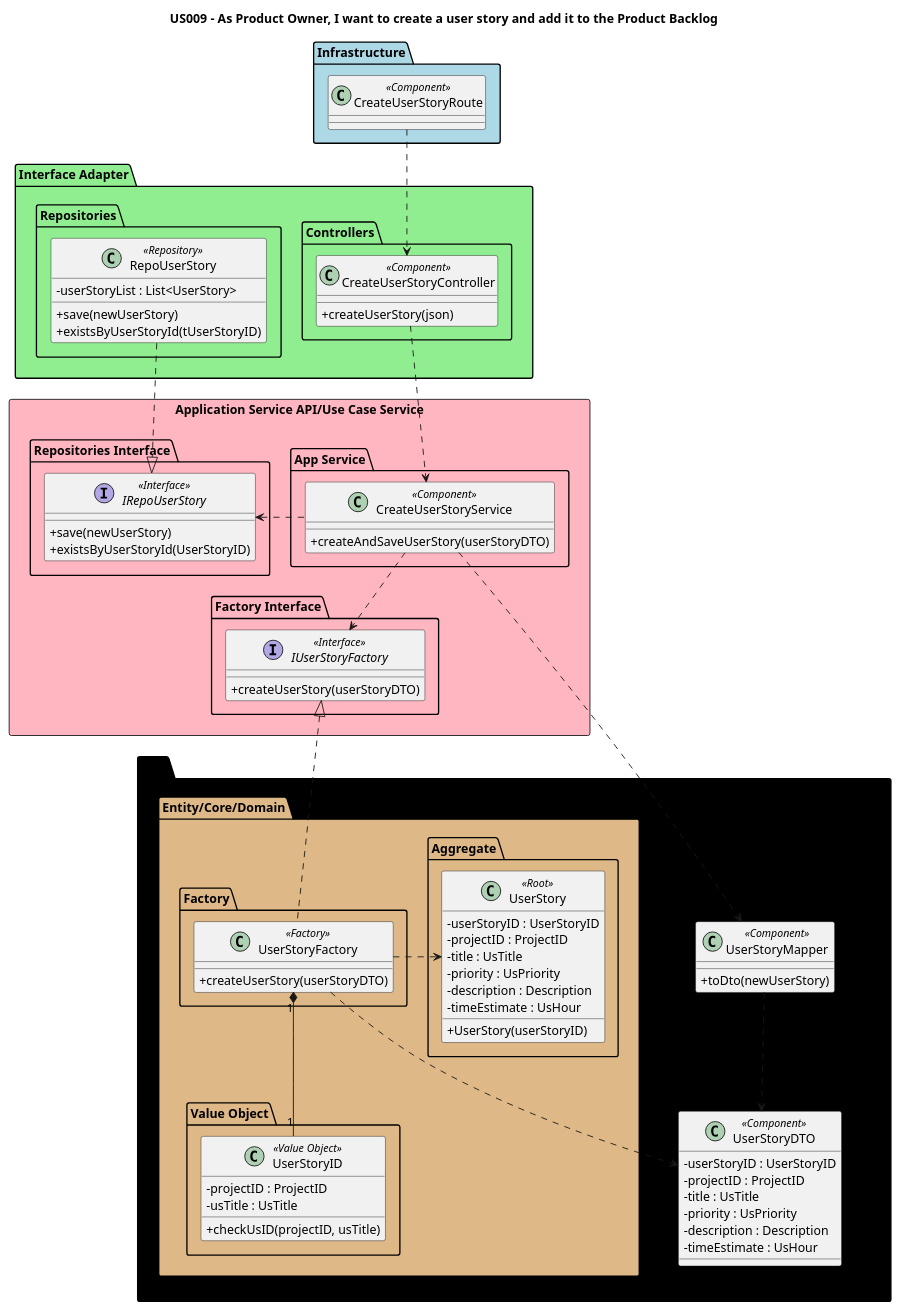
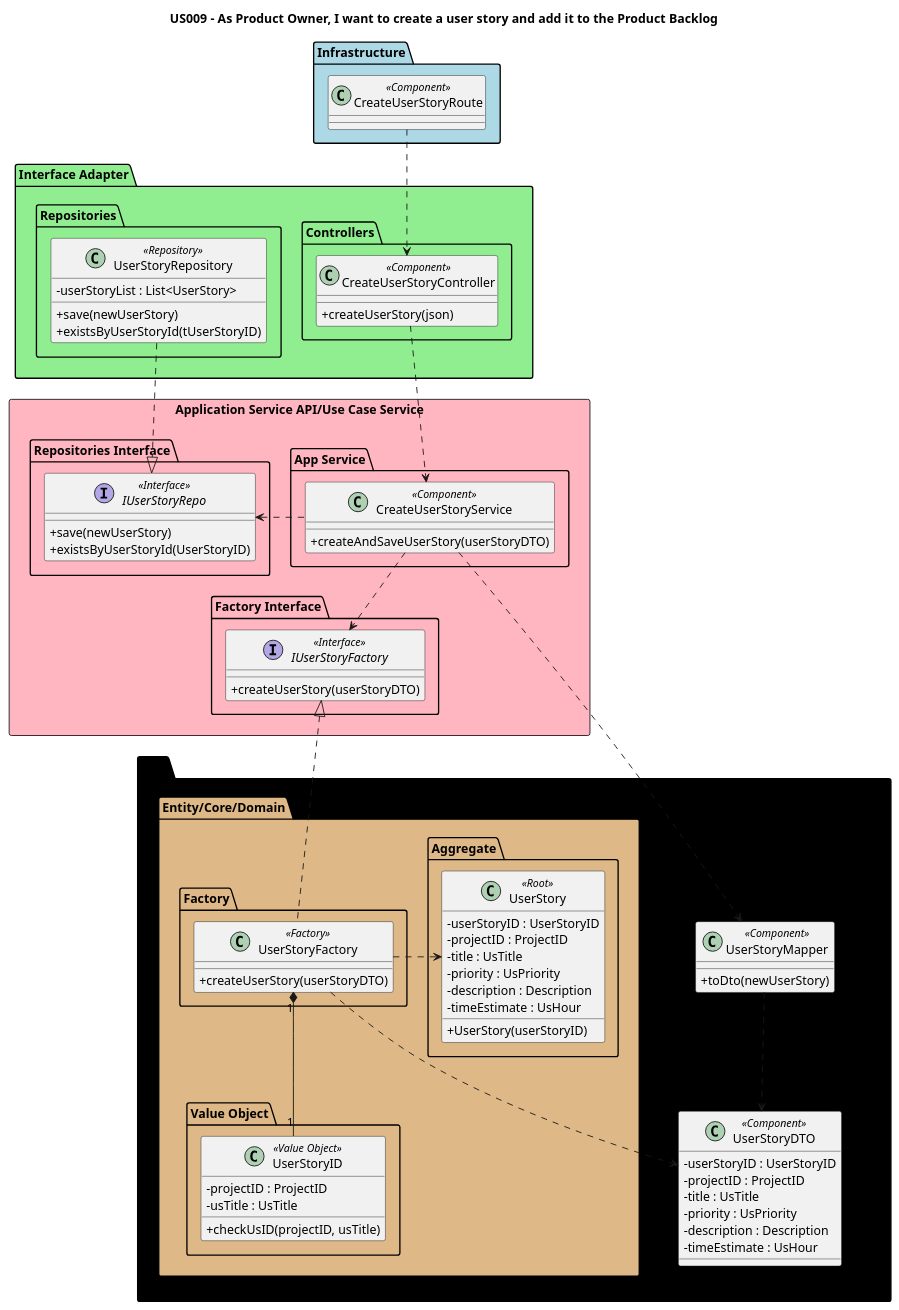
Before and after one commit to nunogon1211787/projectManagement: the diagram in docs/Sprint1/US009/US009RE-CD.puml, drawn with PlantUML. The commit also changed 33 other files, not shown here.

Commit message:
US009 - Refactor DS | Include DTO, Mapper, factory and service US009: Refactoring: CreateUserStoryController, class UserStory, UserStoryStore, UserStoryDTO (addresses #137)  (addresses #141)

```diff
--- a/docs/Sprint1/US009/US009RE-CD.puml
+++ b/docs/Sprint1/US009/US009RE-CD.puml
@@ -1,145 +1,145 @@
 @startuml
 'https://plantuml.com/class-diagram
 
 'hide circle
 skinparam classAttributeIconSize 0
 
 title US009 - As Product Owner, I want to create a user story and add it to the Product Backlog
 
 skinparam classAttributeIconSize 0
 
 package "Infrastructure" <<Folder>> #lightblue  {
 class "CreateUserStoryRoute" as route << Component >>
 }
 
 package "Interface Adapter" <<Folder>> #lightgreen {
 package "Controllers" <<Folder>>{
 class "CreateUserStoryController" as ctrl << Component >> {
 +createUserStory(json)
 }
 }
 package "Repositories" <<Folder>>{
-class "RepoUserStory" as store << Repository >> {
+class "UserStoryRepository" as store << Repository >> {
 -userStoryList : List<UserStory>
 + save(newUserStory)
 + existsByUserStoryId(tUserStoryID)
 '- add(newUserStory)
 }
 }
 }
 
 package "Application Service API/Use Case Service" <<Rectangle>> #lightpink{
 package "App Service" <<Folder>>{
 class "CreateUserStoryService" as service << Component >> {
 +createAndSaveUserStory(userStoryDTO)
 }
 }
 package "Repositories Interface" <<Folder>>{
-interface "IRepoUserStory" as repo << Interface >>{
+interface "IUserStoryRepo" as repo << Interface >>{
 + save(newUserStory)
 + existsByUserStoryId(UserStoryID)
 }
 }
 package "Factory Interface" <<Folder>>{
 interface "IUserStoryFactory" as factoryInterface << Interface >>{
 +createUserStory(userStoryDTO)
 }
 }
 }
 package "DTO" <<Folder>> #black {
 package "UserStoryDTO" <<Folder>>{
 class "UserStoryDTO" as dto << Component >> {
 - userStoryID : UserStoryID
 - projectID : ProjectID
 - title : UsTitle
 - priority : UsPriority
 - description : Description
 - timeEstimate : UsHour
 }
 }
 
 package "DTO" <<Folder>> {
 package "UserStoryMapper" <<Folder>>{
 class "UserStoryMapper" as mapper << Component >> {
 + toDto(newUserStory)
 }
 }
 }
 
 package "Entity/Core/Domain" <<Folder>> #burlywood{
 package "Aggregate" <<Folder>>{
 class "UserStory" as userStory << Root >> {
 - userStoryID : UserStoryID
 - projectID : ProjectID
 - title : UsTitle
 - priority : UsPriority
 - description : Description
 - timeEstimate : UsHour
 + UserStory(userStoryID)
 }
 }
 package "Factory" <<Folder>>{
 class "UserStoryFactory" as userStoryF << Factory >> {
 +createUserStory(userStoryDTO)
 }
 }
 package "Value Object" <<Folder>>{
 class "UserStoryID" as usID << Value Object >> {
 -projectID : ProjectID
 -usTitle : UsTitle
 +checkUsID(projectID, usTitle)
 }
 }
 'package "Value Object" <<Folder>>{
 'class "ProjectID" as projID << Value Object >> {
 '-rojectID : ProjectID
 '+checkUsID()
 '}
 
 'package "Value Object" <<Folder>>{
 'class "UsTitle" as usTitle << Value Object >> {
 '- title : UsTitle
 '+checkUsID()
 '}
 
 'package "Value Object" <<Folder>>{
 'class "Priority" as priority << Value Object >> {
 '-priority : UsPriority
 '+checkUsID()
 '}
 '
 'package "Value Object" <<Folder>>{
 'class "Description" as desc << Value Object >> {
 '-description : Description
 '+checkUsID()
 '}
 '
 'package "Value Object" <<Folder>>{
 'class "TimeEstimate" as time << Value Object >> {
 '-timeEstimate : UsHour
 '+checkUsID()
 '}
 
 
 route ..> ctrl
 'ctrl..> mapper'
 ctrl..> service
 'mapper..> dto
 store..|> repo
 service..> mapper
 mapper..>dto
 userStoryF..> dto
 service..> factoryInterface
 service..left> repo
 userStoryF"1"*-d-"1" usID
 'userStoryF..>projID
 'userStoryF..>usTitle
 'userStoryF..>priority
 'userStoryF..>time
 'userStoryF..>desc
 userStoryF..right>userStory
 userStoryF..up|>factoryInterface
 
 
 
 @enduml
```
